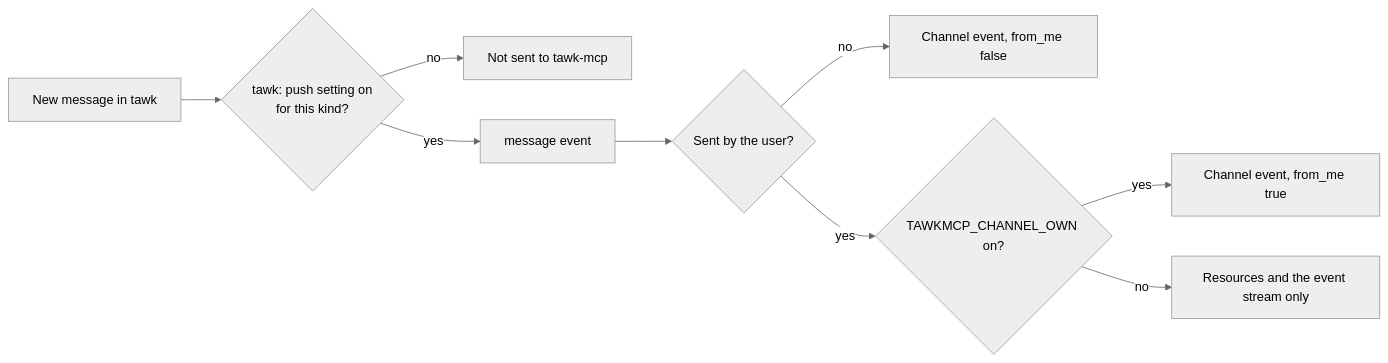
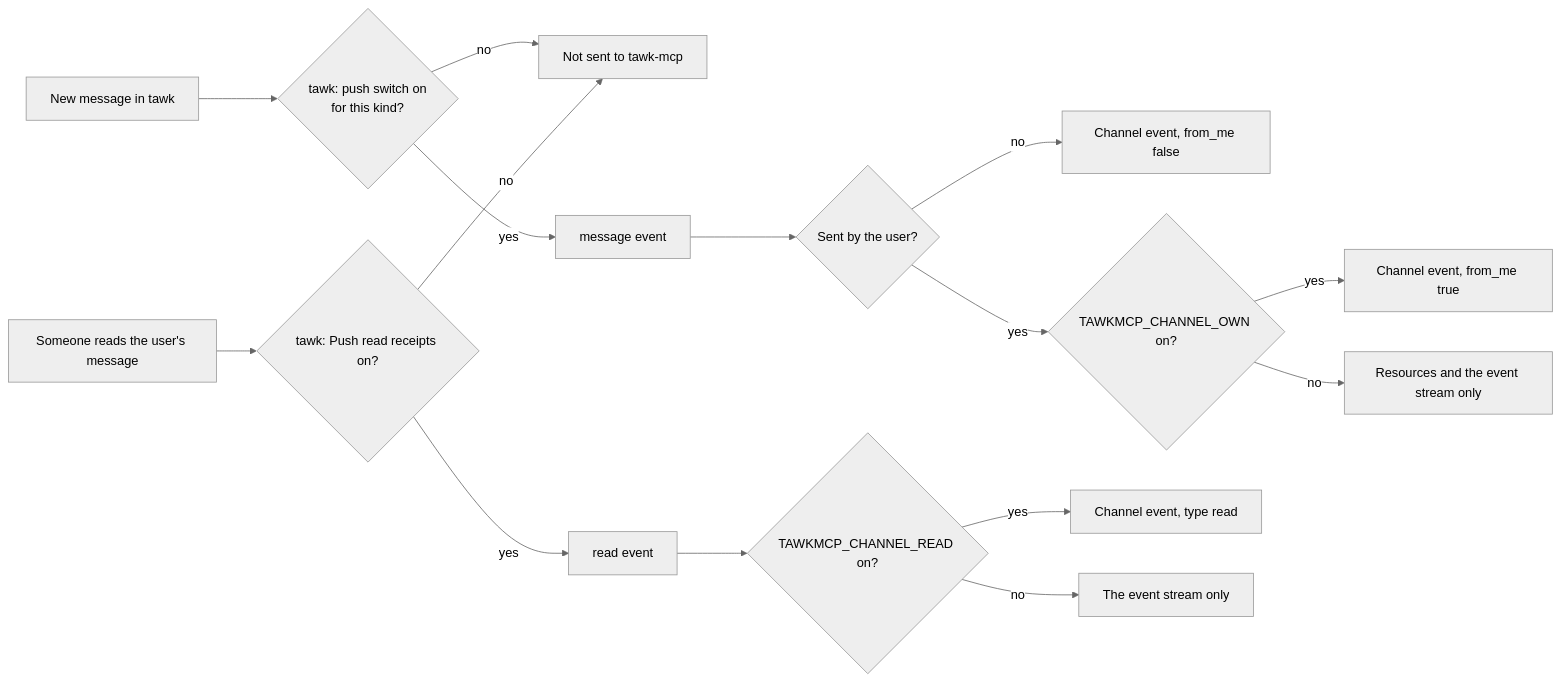
Before and after one commit to loganventer/Corvus.Mcp.Server.Tawk: the seventh of 12 diagrams in HOW_IT_WORKS.md, drawn with Mermaid (neutral theme). The commit also changed other lines of this file and 3 other files, not shown here.

Commit message:
Document read receipt channel events and the Agent events switches

````diff
--- a/HOW_IT_WORKS.md
+++ b/HOW_IT_WORKS.md
@@ -206,11 +206,17 @@
 ```mermaid
 flowchart LR
-    MSG["New message in tawk"] --> TP{"tawk: push setting on<br/>for this kind?"}
+    MSG["New message in tawk"] --> TP{"tawk: push switch on<br/>for this kind?"}
     TP -- no --> NONE["Not sent to tawk-mcp"]
     TP -- yes --> EVT["message event"]
     EVT --> OWN{"Sent by the user?"}
     OWN -- no --> CH["Channel event, from_me false"]
     OWN -- yes --> OPT{"TAWKMCP_CHANNEL_OWN on?"}
     OPT -- yes --> CH2["Channel event, from_me true"]
     OPT -- no --> KEEP["Resources and the event stream only"]
+    RD["Someone reads the user's message"] --> TR{"tawk: Push read receipts on?"}
+    TR -- no --> NONE
+    TR -- yes --> REVT["read event"]
+    REVT --> ROPT{"TAWKMCP_CHANNEL_READ on?"}
+    ROPT -- yes --> CH3["Channel event, type read"]
+    ROPT -- no --> KEEP2["The event stream only"]
 ```
````
